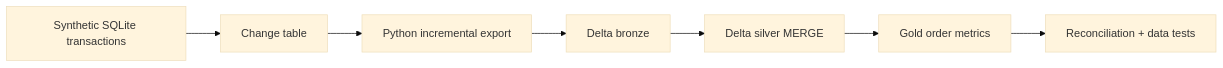
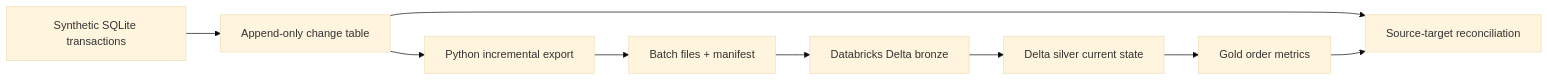
Before and after one commit to olivervr3/data-engineering-portfolio: the diagram in 02-operational-to-lakehouse/README.md, drawn with Mermaid (base theme). The commit also changed other lines of this file and 4 other files, not shown here.

````diff
--- a/02-operational-to-lakehouse/README.md
+++ b/02-operational-to-lakehouse/README.md
@@ -9,9 +11,11 @@
 ```mermaid
 flowchart LR
-    APP[Synthetic SQLite transactions] --> OUTBOX[Change table]
-    OUTBOX --> EXPORT[Python incremental export]
-    EXPORT --> BRONZE[Delta bronze]
-    BRONZE --> SILVER[Delta silver MERGE]
+    DB[Synthetic SQLite transactions] --> EVENTS[Append-only change table]
+    EVENTS --> EXPORT[Python incremental export]
+    EXPORT --> FILES[Batch files + manifest]
+    FILES --> BRONZE[Databricks Delta bronze]
+    BRONZE --> SILVER[Delta silver current state]
     SILVER --> GOLD[Gold order metrics]
-    GOLD --> CHECK[Reconciliation + data tests]
+    EVENTS --> CHECK[Source-target reconciliation]
+    GOLD --> CHECK
 ```
````
